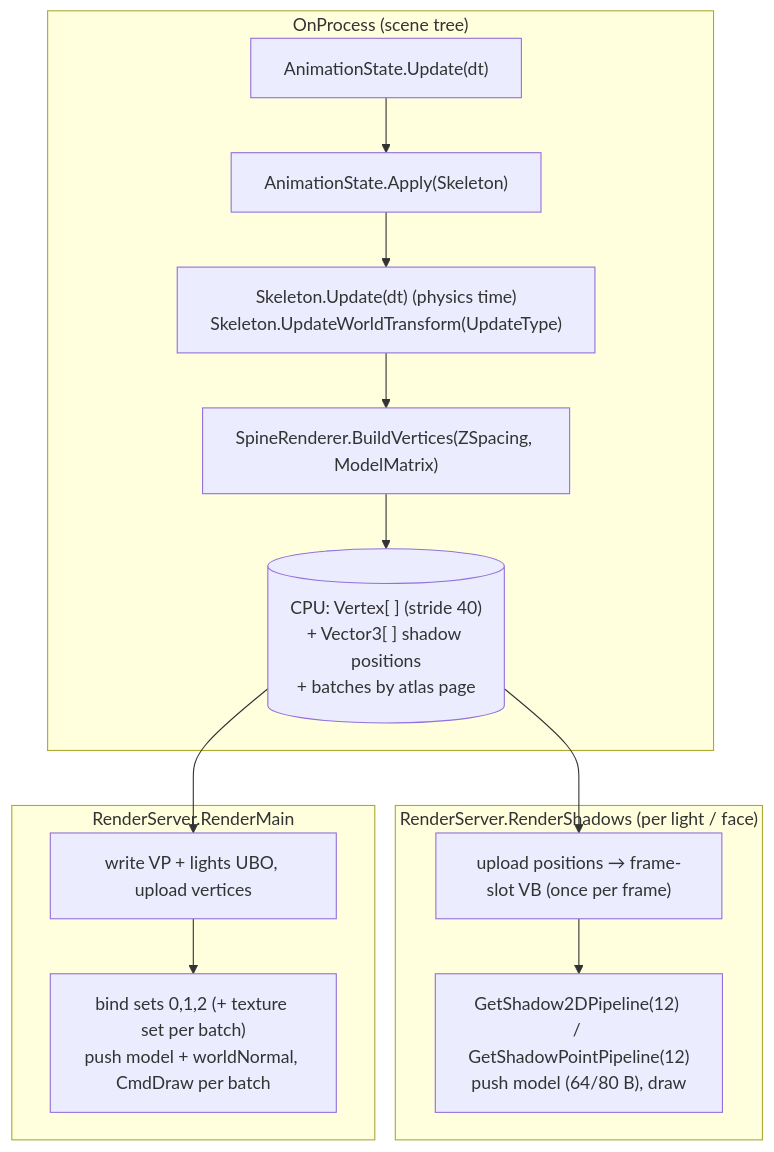
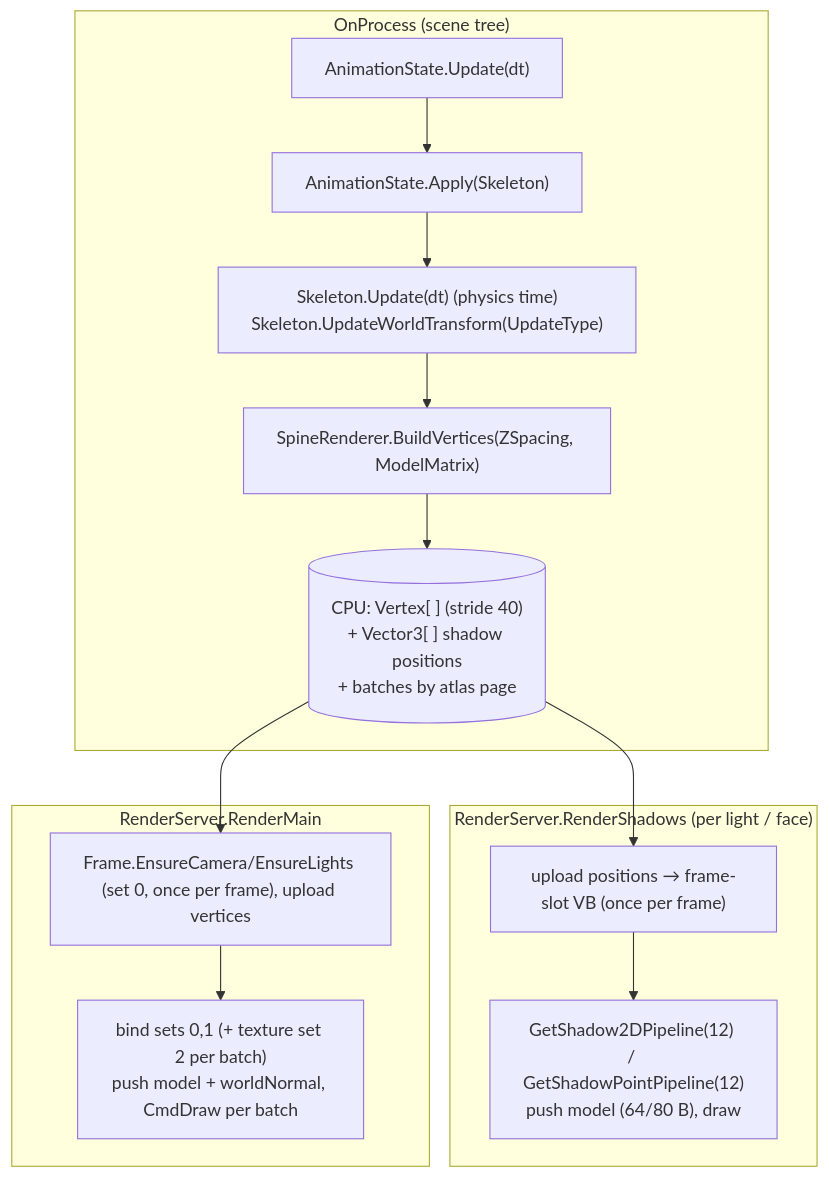
Before and after one commit to Mainframe-Games/mainframe-engine: the diagram in docs/design/spine.md, drawn with Mermaid. The commit also changed other lines of this file and 32 other files, not shown here.

````diff
--- a/docs/design/spine.md
+++ b/docs/design/spine.md
@@ -35,17 +35,17 @@
 ```mermaid
 flowchart TD
     subgraph Update["OnProcess (scene tree)"]
         U1["AnimationState.Update(dt)"] --> U2["AnimationState.Apply(Skeleton)"]
         U2 --> U3["Skeleton.Update(dt) (physics time)<br/>Skeleton.UpdateWorldTransform(UpdateType)"]
         U3 --> U4["SpineRenderer.BuildVertices(ZSpacing, ModelMatrix)"]
         U4 --> V[("CPU: Vertex[ ] (stride 40)<br/>+ Vector3[ ] shadow positions<br/>+ batches by atlas page")]
     end
     subgraph Shadow["RenderServer.RenderShadows (per light / face)"]
         V --> S1["upload positions → frame-slot VB (once per frame)"]
         S1 --> S2["GetShadow2DPipeline(12) / GetShadowPointPipeline(12)<br/>push model (64/80 B), draw"]
     end
     subgraph Main["RenderServer.RenderMain"]
-        V --> M1["write VP + lights UBO, upload vertices"]
-        M1 --> M2["bind sets 0,1,2 (+ texture set per batch)<br/>push model + worldNormal, CmdDraw per batch"]
+        V --> M1["Frame.EnsureCamera/EnsureLights (set 0, once per frame), upload vertices"]
+        M1 --> M2["bind sets 0,1 (+ texture set 2 per batch)<br/>push model + worldNormal, CmdDraw per batch"]
     end
 ```
````
